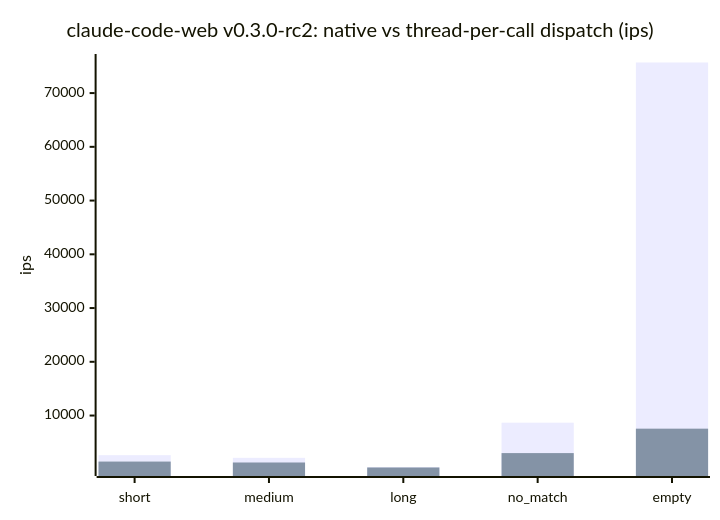
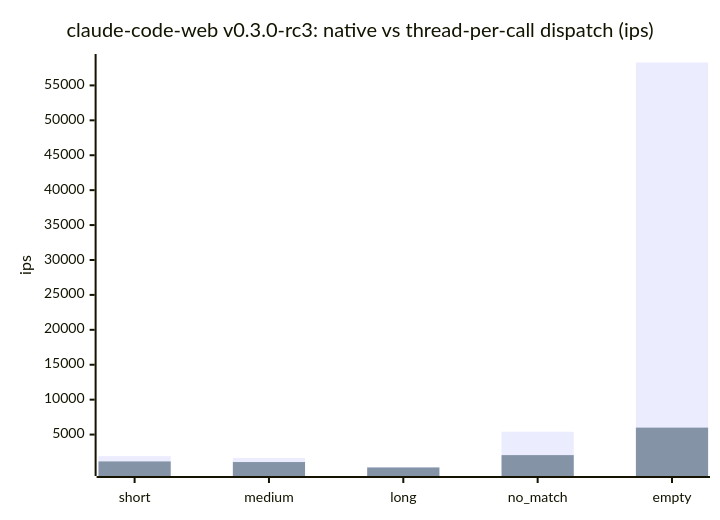
The second of 7 diagrams in docs/benchmarks/README.md (cpb/duckling), drawn with Mermaid before and after one commit. The commit also changed other lines of this file and 1 other file, not shown here.

Commit message:
bench: record claude-code-web data point for 0.3.0-rc3

````diff
--- a/docs/benchmarks/README.md
+++ b/docs/benchmarks/README.md
@@ -91,8 +91,8 @@
 ```mermaid
 xychart-beta
-    title "claude-code-web v0.3.0-rc2: native vs thread-per-call dispatch (ips)"
+    title "claude-code-web v0.3.0-rc3: native vs thread-per-call dispatch (ips)"
     x-axis [short, medium, long, no_match, empty]
     y-axis "ips"
-    bar "native" [2628.9, 2131.5, 412.2, 8673.6, 75690.3]
-    bar "thread-per-call" [1436.5, 1263.2, 332.2, 3012.4, 7559.1]
+    bar "native" [1914.3, 1636.1, 351.7, 5407.4, 58280.3]
+    bar "thread-per-call" [1154.4, 1064.6, 284.8, 2058.0, 5994.3]
 ```
````
